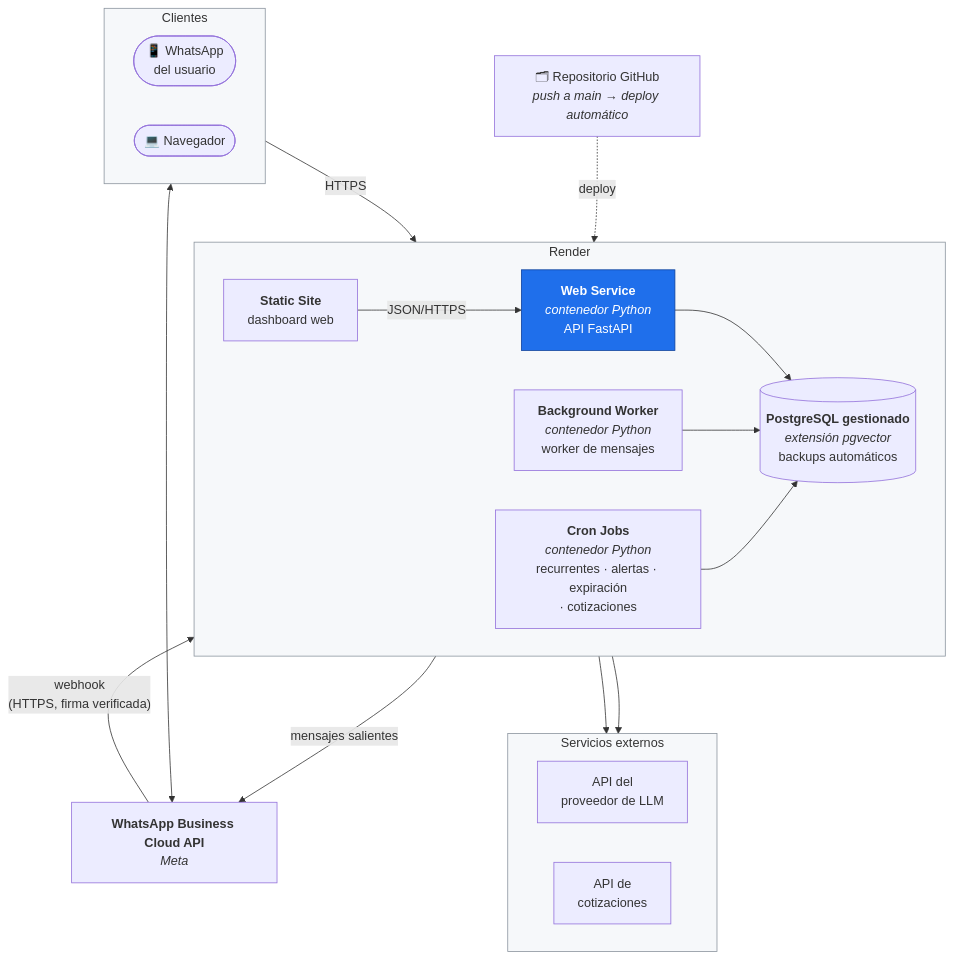
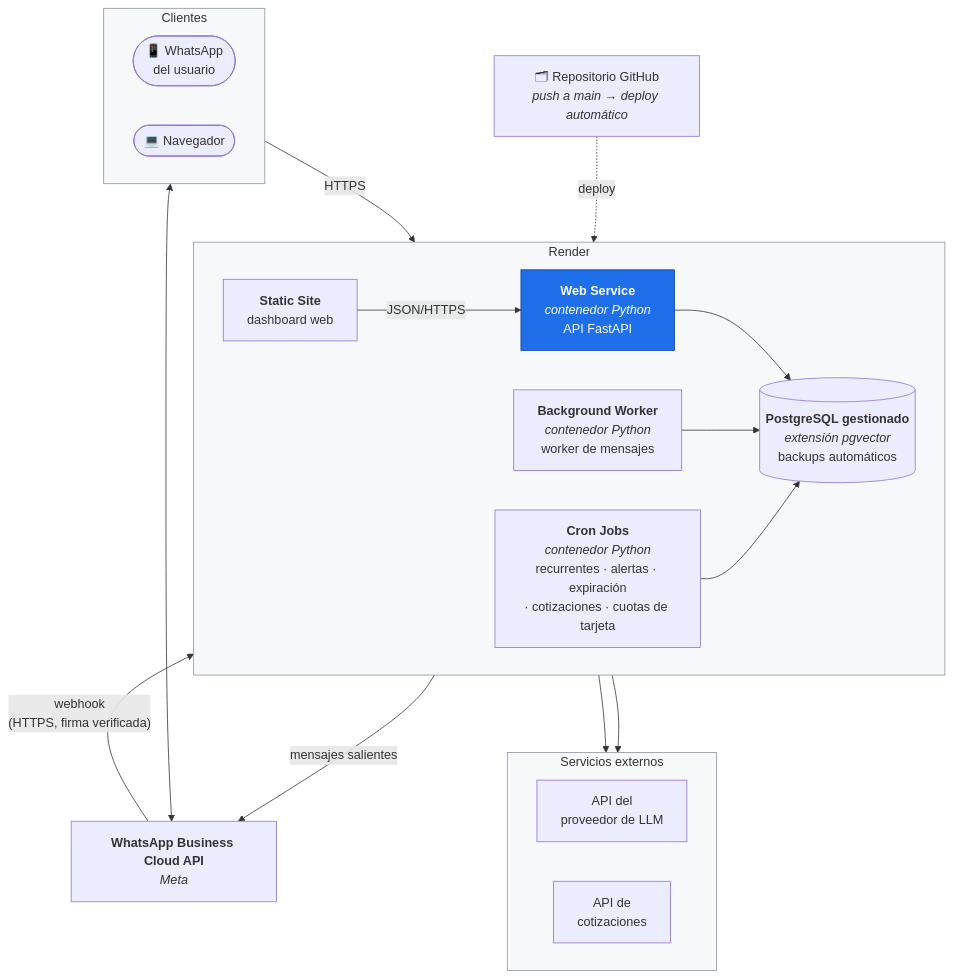
Before and after one commit to verozacarias-prog/AI4Devs-finalproject: the fourth of 4 diagrams in docs/02-arquitectura.md, drawn with Mermaid. The commit also changed other lines of this file and 9 other files, not shown here.

````diff
--- a/docs/02-arquitectura.md
+++ b/docs/02-arquitectura.md
@@ -197,43 +197,43 @@
 ```mermaid
 flowchart TB
     subgraph CLIENTES["Clientes"]
         direction LR
         PHONE(["📱 WhatsApp<br/>del usuario"])
         BROWSER(["💻 Navegador"])
     end
 
     DEV["🗂 Repositorio GitHub<br/><i>push a main → deploy automático</i>"]
     WACLOUD["<b>WhatsApp Business Cloud API</b><br/><i>Meta</i>"]
 
     subgraph RENDER["Render"]
         direction LR
         STATIC["<b>Static Site</b><br/>dashboard web"]
         WEBSVC["<b>Web Service</b><br/><i>contenedor Python</i><br/>API FastAPI"]
         BGW["<b>Background Worker</b><br/><i>contenedor Python</i><br/>worker de mensajes"]
-        CRON["<b>Cron Jobs</b><br/><i>contenedor Python</i><br/>recurrentes · alertas · expiración<br/>· cotizaciones"]
+        CRON["<b>Cron Jobs</b><br/><i>contenedor Python</i><br/>recurrentes · alertas · expiración<br/>· cotizaciones · cuotas de tarjeta"]
         PG[("<b>PostgreSQL gestionado</b><br/><i>extensión pgvector</i><br/>backups automáticos")]
     end
 
     subgraph EXT["Servicios externos"]
         direction LR
         LLMAPI["API del<br/>proveedor de LLM"]
         FXAPI["API de<br/>cotizaciones"]
     end
 
     PHONE <--> WACLOUD
     BROWSER -->|"HTTPS"| STATIC
     DEV -.->|"deploy"| RENDER
     WACLOUD -->|"webhook<br/>(HTTPS, firma verificada)"| WEBSVC
     BGW -->|"mensajes salientes"| WACLOUD
     STATIC -->|"JSON/HTTPS"| WEBSVC
     WEBSVC --> PG
     BGW --> PG
     BGW --> LLMAPI
     CRON --> PG
     CRON --> FXAPI
 
     style WEBSVC fill:#1f6feb,stroke:#0d419d,color:#fff
     style RENDER fill:#f6f8fa,stroke:#8b949e
     style EXT fill:#f6f8fa,stroke:#8b949e
     style CLIENTES fill:#f6f8fa,stroke:#8b949e
 ```
````
